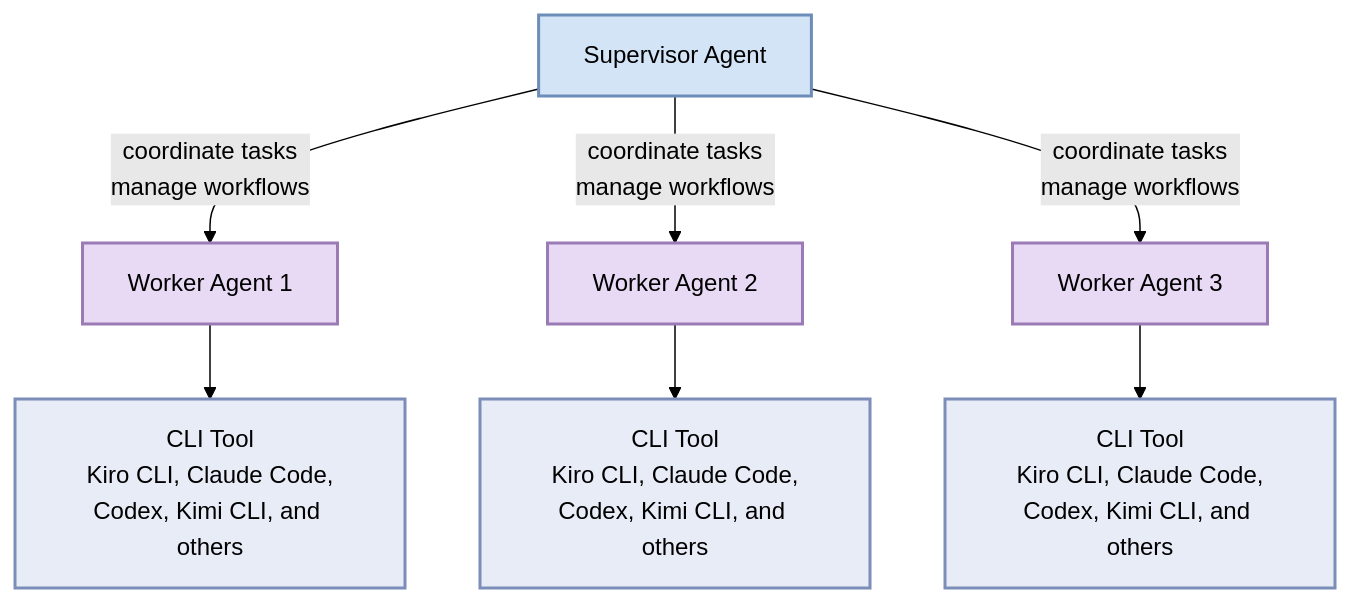
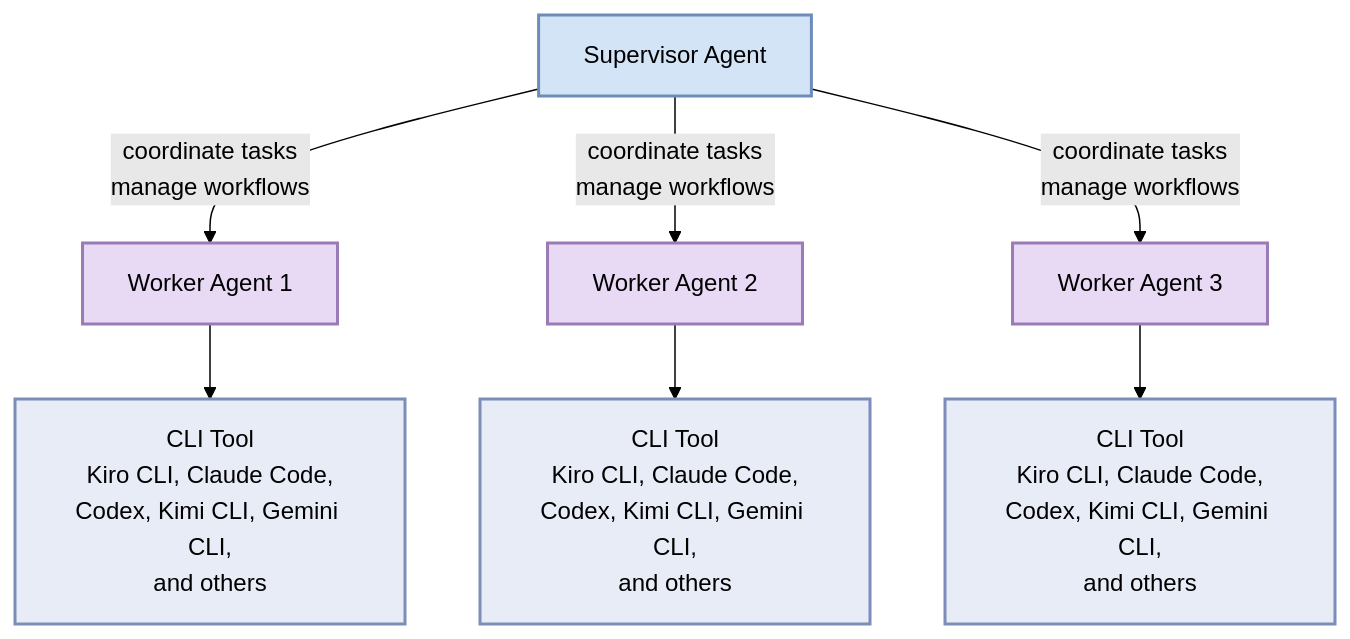
One commit to awslabs/cli-agent-orchestrator changed the diagram in docs/assets/cao_architecture.mmd. Above: the diagram before and after it, drawn with Mermaid (forest theme). The commit also changed 100 other files, not shown here.

First line of the commit message:
feat: add Gemini CLI provider with cross-provider security and exit fixes

```diff
--- a/docs/assets/cao_architecture.mmd
+++ b/docs/assets/cao_architecture.mmd
@@ -1,18 +1,18 @@
 graph TD
     A[Supervisor Agent]
     
     A -->|coordinate tasks<br/>manage workflows| B[Worker Agent 1]
     A -->|coordinate tasks<br/>manage workflows| C[Worker Agent 2]
     A -->|coordinate tasks<br/>manage workflows| D[Worker Agent 3]
     
-    B --> E[CLI Tool<br/>Kiro CLI, Claude Code,<br/>Codex, Kimi CLI, and others]
-    C --> F[CLI Tool<br/>Kiro CLI, Claude Code,<br/>Codex, Kimi CLI, and others]
-    D --> G[CLI Tool<br/>Kiro CLI, Claude Code,<br/>Codex, Kimi CLI, and others]
+    B --> E[CLI Tool<br/>Kiro CLI, Claude Code,<br/>Codex, Kimi CLI, Gemini CLI,<br/>and others]
+    C --> F[CLI Tool<br/>Kiro CLI, Claude Code,<br/>Codex, Kimi CLI, Gemini CLI,<br/>and others]
+    D --> G[CLI Tool<br/>Kiro CLI, Claude Code,<br/>Codex, Kimi CLI, Gemini CLI,<br/>and others]
     
     style A fill:#d4e4f7,stroke:#6b8db8,stroke-width:2px
     style B fill:#e8d9f5,stroke:#9b7bb5,stroke-width:2px
     style C fill:#e8d9f5,stroke:#9b7bb5,stroke-width:2px
     style D fill:#e8d9f5,stroke:#9b7bb5,stroke-width:2px
     style E fill:#e8ecf7,stroke:#7b8db8,stroke-width:2px
     style F fill:#e8ecf7,stroke:#7b8db8,stroke-width:2px
     style G fill:#e8ecf7,stroke:#7b8db8,stroke-width:2px
```
